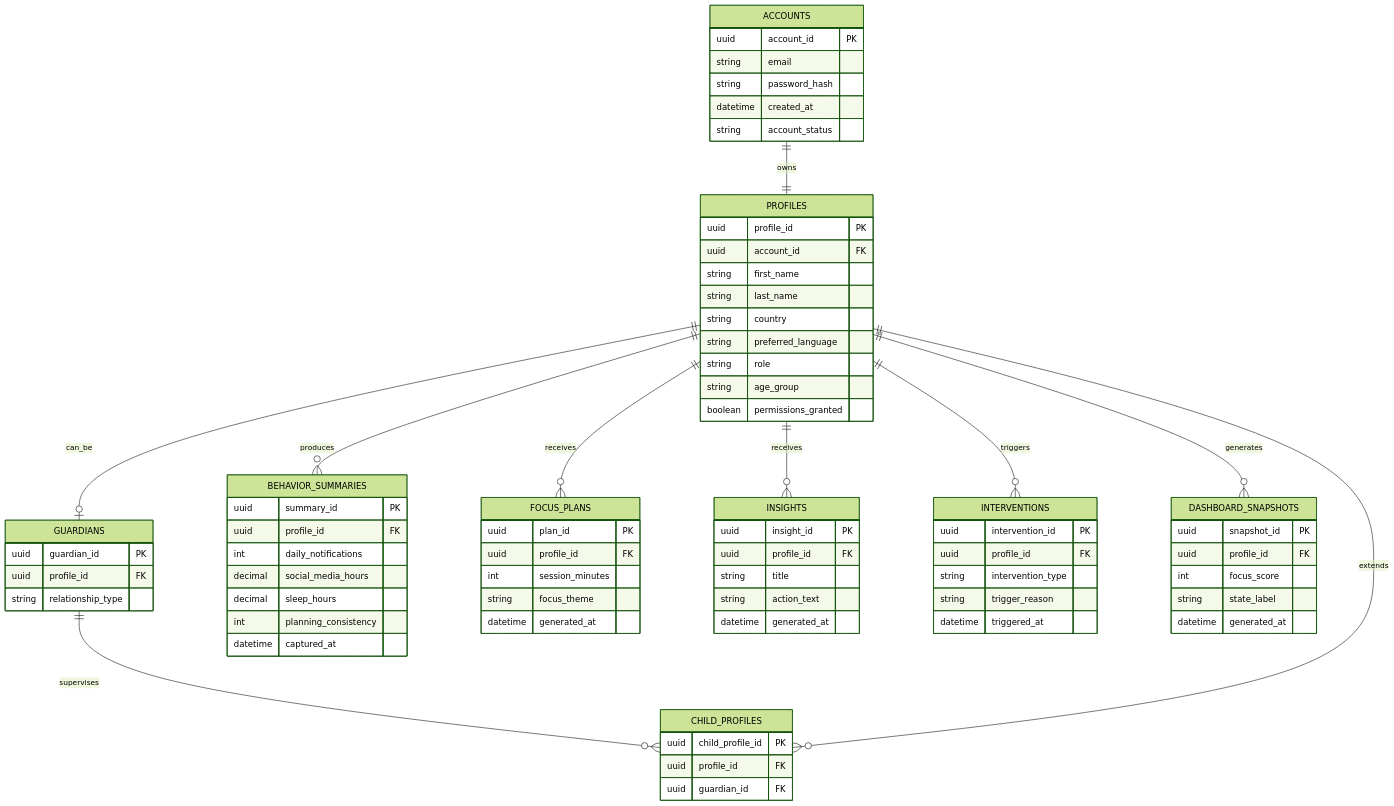
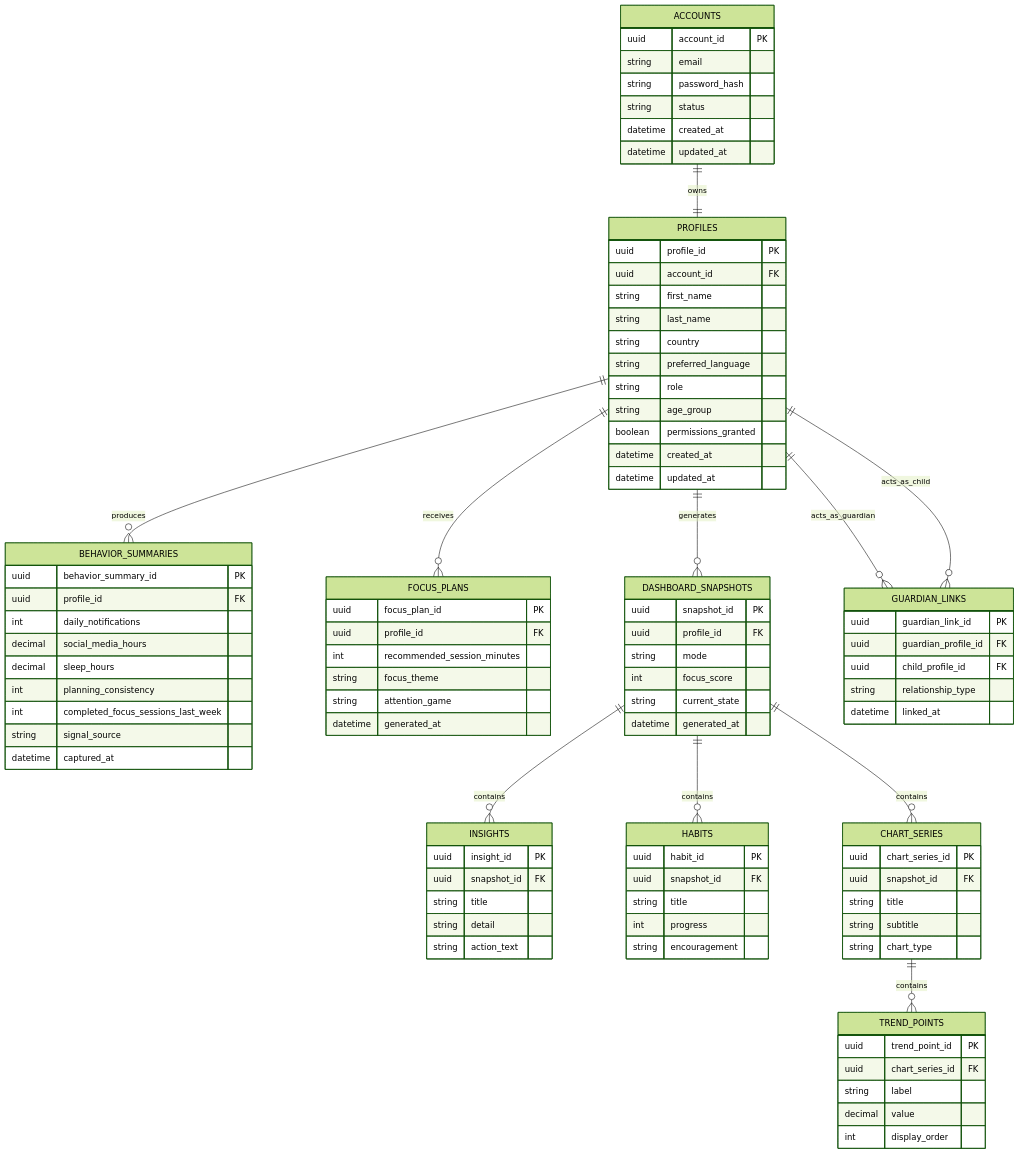
One commit to BasantSaad/brain-rot-X-BRAIN-BOOST changed the eighth of 8 diagrams in ARCHITECTURE_DIAGRAM.md. Above: the diagram before and after it, drawn with Mermaid (forest theme). The commit also changed other lines of this file, not shown here.

Commit message:
update diagrams

````diff
--- a/ARCHITECTURE_DIAGRAM.md
+++ b/ARCHITECTURE_DIAGRAM.md
@@ -182,8 +279,9 @@
         uuid account_id PK
         string email
         string password_hash
+        string status
         datetime created_at
-        string account_status
+        datetime updated_at
     }
 
     PROFILES {
@@ -196,69 +294,88 @@
         string role
         string age_group
         boolean permissions_granted
-    }
-
-    GUARDIANS {
-        uuid guardian_id PK
-        uuid profile_id FK
-        string relationship_type
-    }
-
-    CHILD_PROFILES {
-        uuid child_profile_id PK
-        uuid profile_id FK
-        uuid guardian_id FK
+        datetime created_at
+        datetime updated_at
     }
 
     BEHAVIOR_SUMMARIES {
-        uuid summary_id PK
+        uuid behavior_summary_id PK
         uuid profile_id FK
         int daily_notifications
         decimal social_media_hours
         decimal sleep_hours
         int planning_consistency
+        int completed_focus_sessions_last_week
+        string signal_source
         datetime captured_at
     }
 
     FOCUS_PLANS {
-        uuid plan_id PK
+        uuid focus_plan_id PK
         uuid profile_id FK
-        int session_minutes
+        int recommended_session_minutes
         string focus_theme
+        string attention_game
+        datetime generated_at
+    }
+
+    DASHBOARD_SNAPSHOTS {
+        uuid snapshot_id PK
+        uuid profile_id FK
+        string mode
+        int focus_score
+        string current_state
         datetime generated_at
     }
 
     INSIGHTS {
         uuid insight_id PK
-        uuid profile_id FK
+        uuid snapshot_id FK
         string title
+        string detail
         string action_text
-        datetime generated_at
     }
 
-    INTERVENTIONS {
-        uuid intervention_id PK
-        uuid profile_id FK
-        string intervention_type
-        string trigger_reason
-        datetime triggered_at
+    HABITS {
+        uuid habit_id PK
+        uuid snapshot_id FK
+        string title
+        int progress
+        string encouragement
     }
 
-    DASHBOARD_SNAPSHOTS {
-        uuid snapshot_id PK
-        uuid profile_id FK
-        int focus_score
-        string state_label
-        datetime generated_at
+    CHART_SERIES {
+        uuid chart_series_id PK
+        uuid snapshot_id FK
+        string title
+        string subtitle
+        string chart_type
+    }
+
+    TREND_POINTS {
+        uuid trend_point_id PK
+        uuid chart_series_id FK
+        string label
+        decimal value
+        int display_order
+    }
+
+    GUARDIAN_LINKS {
+        uuid guardian_link_id PK
+        uuid guardian_profile_id FK
+        uuid child_profile_id FK
+        string relationship_type
+        datetime linked_at
     }
 
     ACCOUNTS ||--|| PROFILES : owns
-    PROFILES ||--o| GUARDIANS : can_be
-    GUARDIANS ||--o{ CHILD_PROFILES : supervises
-    PROFILES ||--o{ CHILD_PROFILES : extends
     PROFILES ||--o{ BEHAVIOR_SUMMARIES : produces
     PROFILES ||--o{ FOCUS_PLANS : receives
-    PROFILES ||--o{ INSIGHTS : receives
-    PROFILES ||--o{ INTERVENTIONS : triggers
     PROFILES ||--o{ DASHBOARD_SNAPSHOTS : generates
+    DASHBOARD_SNAPSHOTS ||--o{ INSIGHTS : contains
+    DASHBOARD_SNAPSHOTS ||--o{ HABITS : contains
+    DASHBOARD_SNAPSHOTS ||--o{ CHART_SERIES : contains
+    CHART_SERIES ||--o{ TREND_POINTS : contains
+    PROFILES ||--o{ GUARDIAN_LINKS : acts_as_guardian
+    PROFILES ||--o{ GUARDIAN_LINKS : acts_as_child
 ```
````
